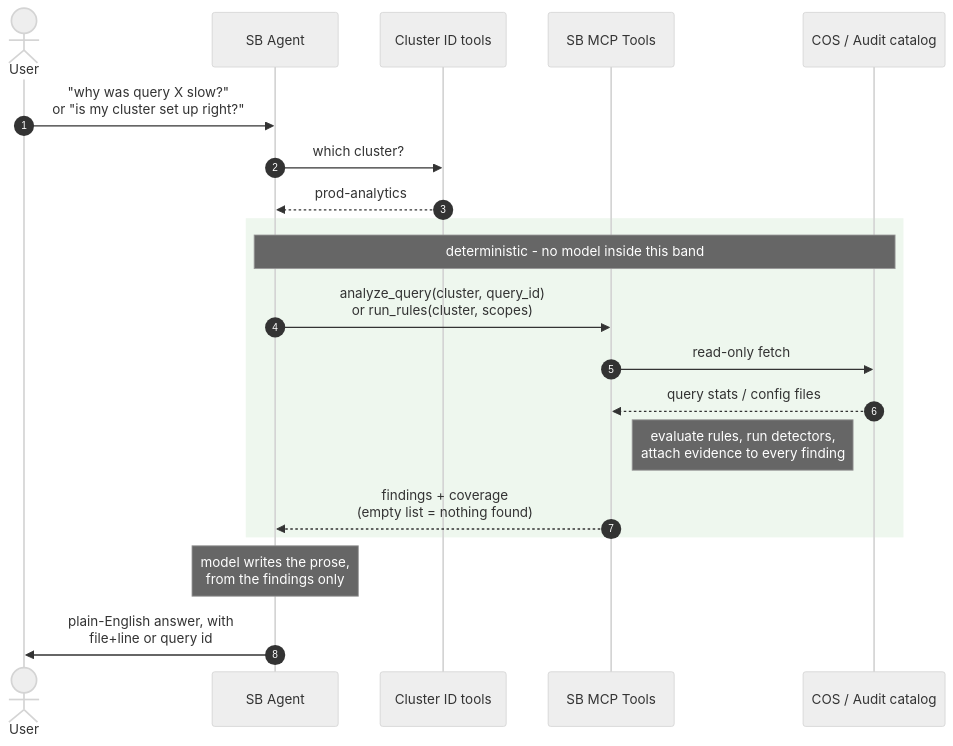
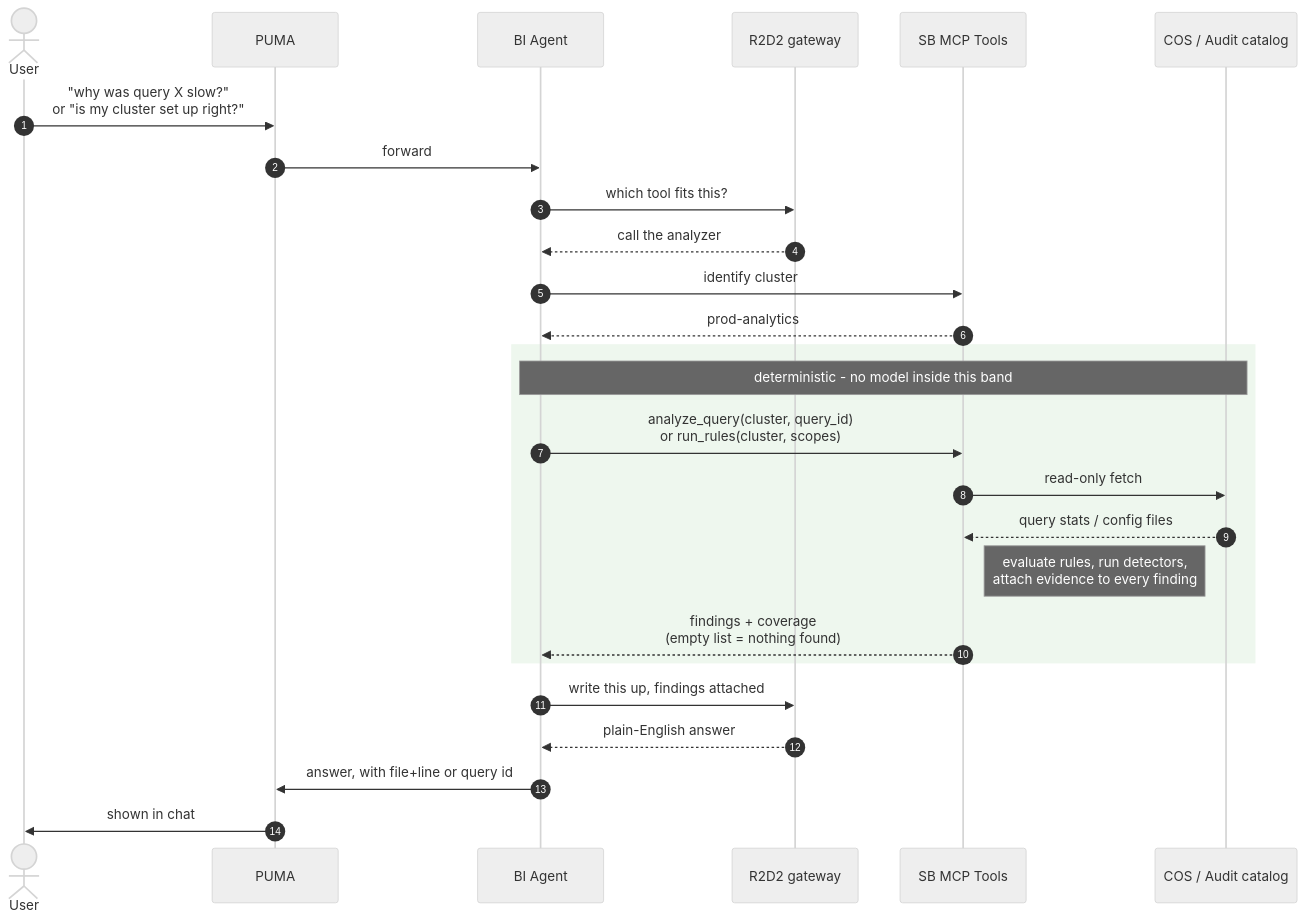
One commit to gopinathnelluri/sb-agent changed the second of 8 diagrams in architecture.md. Above: the diagram before and after it, drawn with Mermaid (neutral theme). The commit also changed other lines of this file, not shown here.

First line of the commit message:
Correct the component diagram to the real system

````diff
--- a/architecture.md
+++ b/architecture.md
@@ -76,25 +87,32 @@
 ```mermaid
 sequenceDiagram
     autonumber
     actor U as User
-    participant A as SB Agent
-    participant I as Cluster ID tools
+    participant P as PUMA
+    participant A as BI Agent
+    participant R as R2D2 gateway
     participant S as SB MCP Tools
     participant D as COS / Audit catalog
 
-    U->>A: "why was query X slow?"<br/>or "is my cluster set up right?"
-    A->>I: which cluster?
-    I-->>A: prod-analytics
+    U->>P: "why was query X slow?"<br/>or "is my cluster set up right?"
+    P->>A: forward
+    A->>R: which tool fits this?
+    R-->>A: call the analyzer
+
+    A->>S: identify cluster
+    S-->>A: prod-analytics
 
     rect rgb(238, 247, 238)
         note over A,D: deterministic - no model inside this band
         A->>S: analyze_query(cluster, query_id)<br/>or run_rules(cluster, scopes)
         S->>D: read-only fetch
         D-->>S: query stats / config files
         note right of S: evaluate rules, run detectors,<br/>attach evidence to every finding
         S-->>A: findings + coverage<br/>(empty list = nothing found)
     end
 
-    note over A: model writes the prose,<br/>from the findings only
-    A->>U: plain-English answer, with<br/>file+line or query id
+    A->>R: write this up, findings attached
+    R-->>A: plain-English answer
+    A->>P: answer, with file+line or query id
+    P->>U: shown in chat
 ```
````
